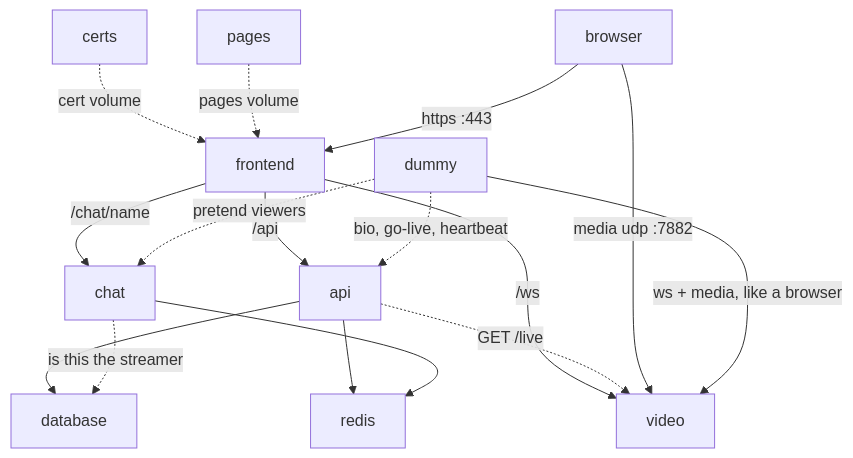
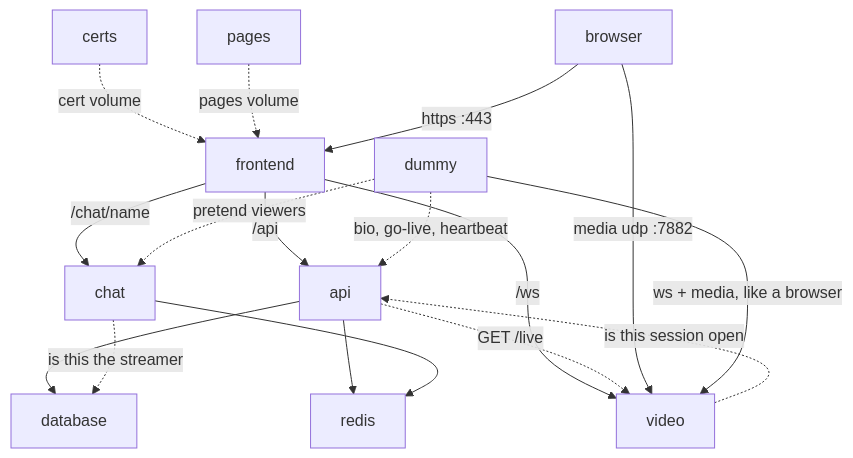
One commit to ZeroNerodaHero/slop-stream-architecture changed the second of 2 diagrams in docs/spec.md. Above: the diagram before and after it, drawn with Mermaid. The commit also changed other lines of this file and 63 other files, not shown here.

````diff
--- a/docs/spec.md
+++ b/docs/spec.md
@@ -67,18 +71,19 @@
 ```mermaid
 flowchart TB
   certs -.->|cert volume| frontend
   pages -.->|pages volume| frontend
   browser[browser] -->|https :443| frontend
   frontend -->|/api| api
   frontend -->|/ws| video
   api --> database
   api --> redis
   api -.->|GET /live| video
+  video -.->|is this session open| api
   browser -->|media udp :7882| video
   dummy -->|ws + media, like a browser| video
   dummy -.->|bio, go-live, heartbeat| api
   frontend -->|/chat/name| chat
   chat --> redis
   chat -.->|is this the streamer| database
   dummy -.->|pretend viewers| chat
 ```
````
